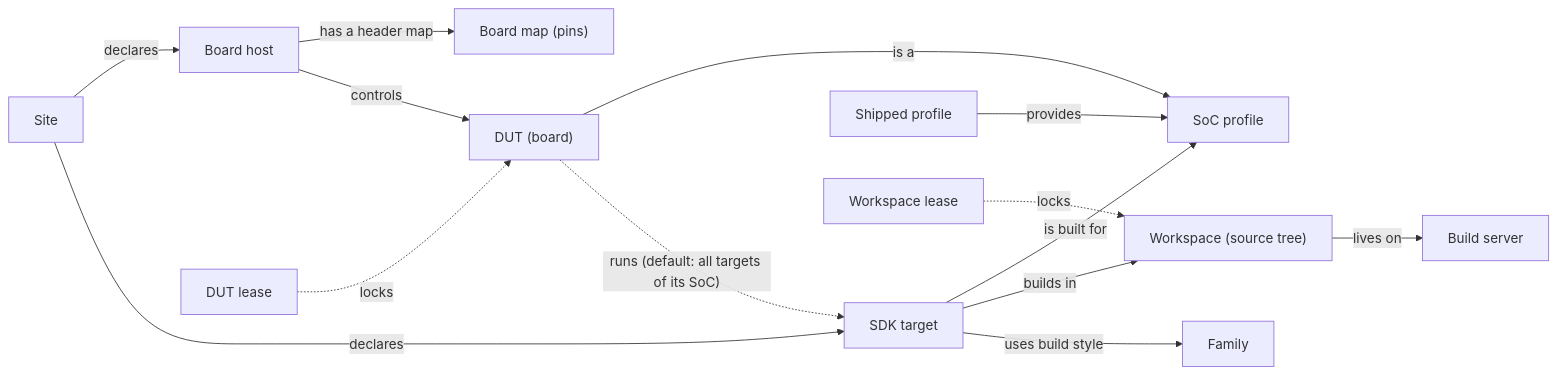
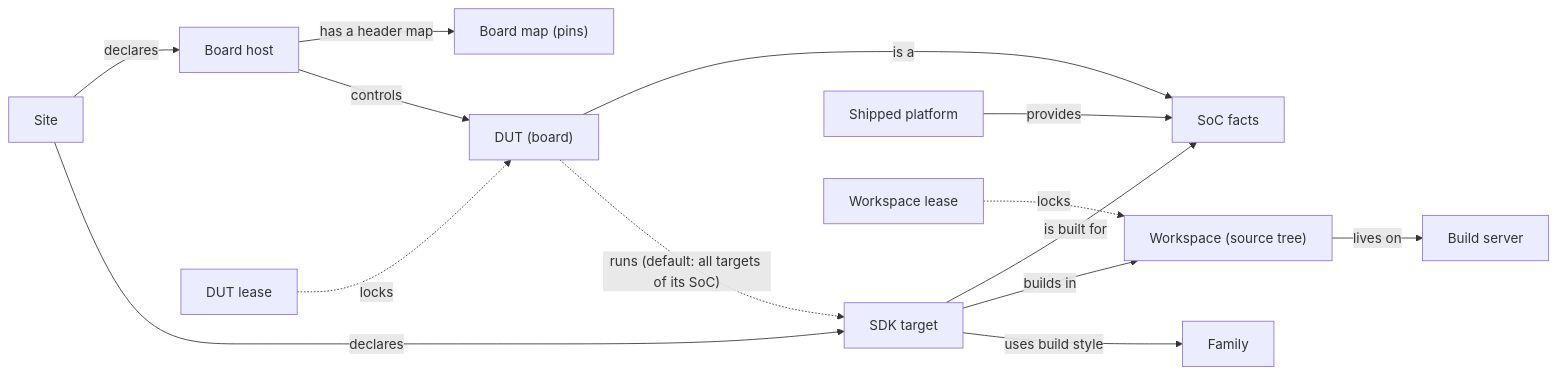
One commit to rzbdz/boardctrl changed the third of 4 diagrams in docs/architecture.md. Above: the diagram before and after it, drawn with Mermaid. The commit also changed other lines of this file and 17 other files, not shown here.

````diff
--- a/docs/architecture.md
+++ b/docs/architecture.md
@@ -121,16 +142,16 @@
 ```mermaid
 flowchart LR
   site["Site"] -- declares --> host["Board host"]
   site -- declares --> target["SDK target"]
-  prof["Shipped profile"] -- provides --> soc["SoC profile"]
+  plat["Shipped platform"] -- provides --> soc["SoC facts"]
   host -- "has a header map" --> header["Board map (pins)"]
   host -- "controls" --> dut["DUT (board)"]
   dut -- "is a" --> soc
   target -- "is built for" --> soc
   target -- "builds in" --> ws["Workspace (source tree)"]
   ws -- "lives on" --> bs["Build server"]
   target -- "uses build style" --> fam["Family"]
   dut -. "runs (default: all targets of its SoC)" .-> target
   dlease["DUT lease"] -. locks .-> dut
   wlease["Workspace lease"] -. locks .-> ws
 ```
````
